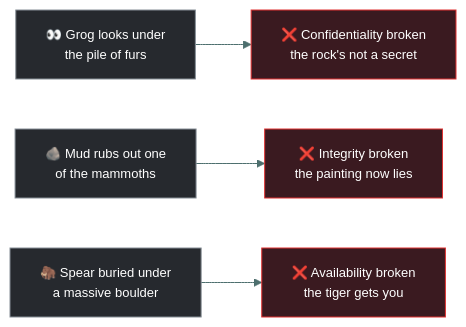
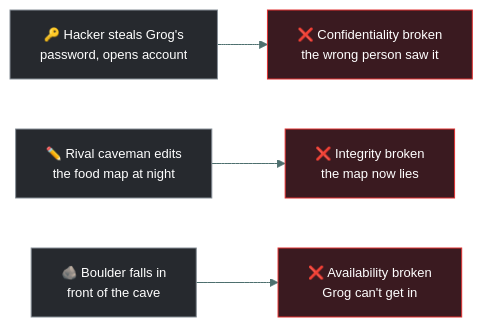
The second of 3 diagrams in 01-security-principles/cia-triad/README.md (tarunTejaDesireddy/cc-exam-prep), drawn with Mermaid before and after one commit. The commit also changed other lines of this file, not shown here.

First line of the commit message:
Expand the CIA triad into the full Caveman Edition

````diff
--- a/01-security-principles/cia-triad/README.md
+++ b/01-security-principles/cia-triad/README.md
@@ -85,14 +231,14 @@
 ```mermaid
 %%{init: {'theme':'base','themeVariables':{'fontFamily':'Segoe UI, Helvetica Neue, Arial, sans-serif','fontSize':'13px','lineColor':'#4d6f6e','textColor':'#dbe7e6'}}}%%
 flowchart LR
-    F1["👀 Grog looks under<br/>the pile of furs"] --> B1["❌ Confidentiality broken<br/>the rock's not a secret"]
-    F2["🪨 Mud rubs out one<br/>of the mammoths"] --> B2["❌ Integrity broken<br/>the painting now lies"]
-    F3["🦣 Spear buried under<br/>a massive boulder"] --> B3["❌ Availability broken<br/>the tiger gets you"]
+    F1["🔑 Hacker steals Grog's<br/>password, opens account"] --> B1["❌ Confidentiality broken<br/>the wrong person saw it"]
+    F2["✏️ Rival caveman edits<br/>the food map at night"] --> B2["❌ Integrity broken<br/>the map now lies"]
+    F3["🪨 Boulder falls in<br/>front of the cave"] --> B3["❌ Availability broken<br/>Grog can't get in"]
 
     style F1 fill:#26292e,stroke:#868E96,color:#fff
     style F2 fill:#26292e,stroke:#868E96,color:#fff
     style F3 fill:#26292e,stroke:#868E96,color:#fff
     style B1 fill:#3a1a20,stroke:#E03131,color:#fff
     style B2 fill:#3a1a20,stroke:#E03131,color:#fff
     style B3 fill:#3a1a20,stroke:#E03131,color:#fff
 ```
````
